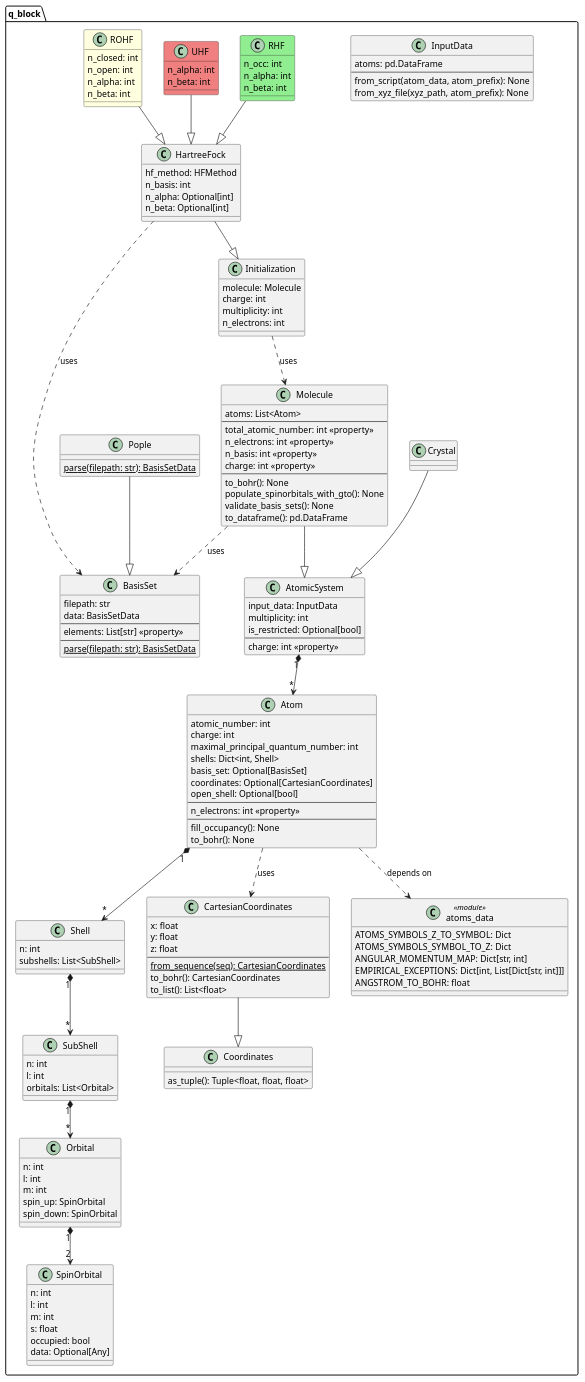
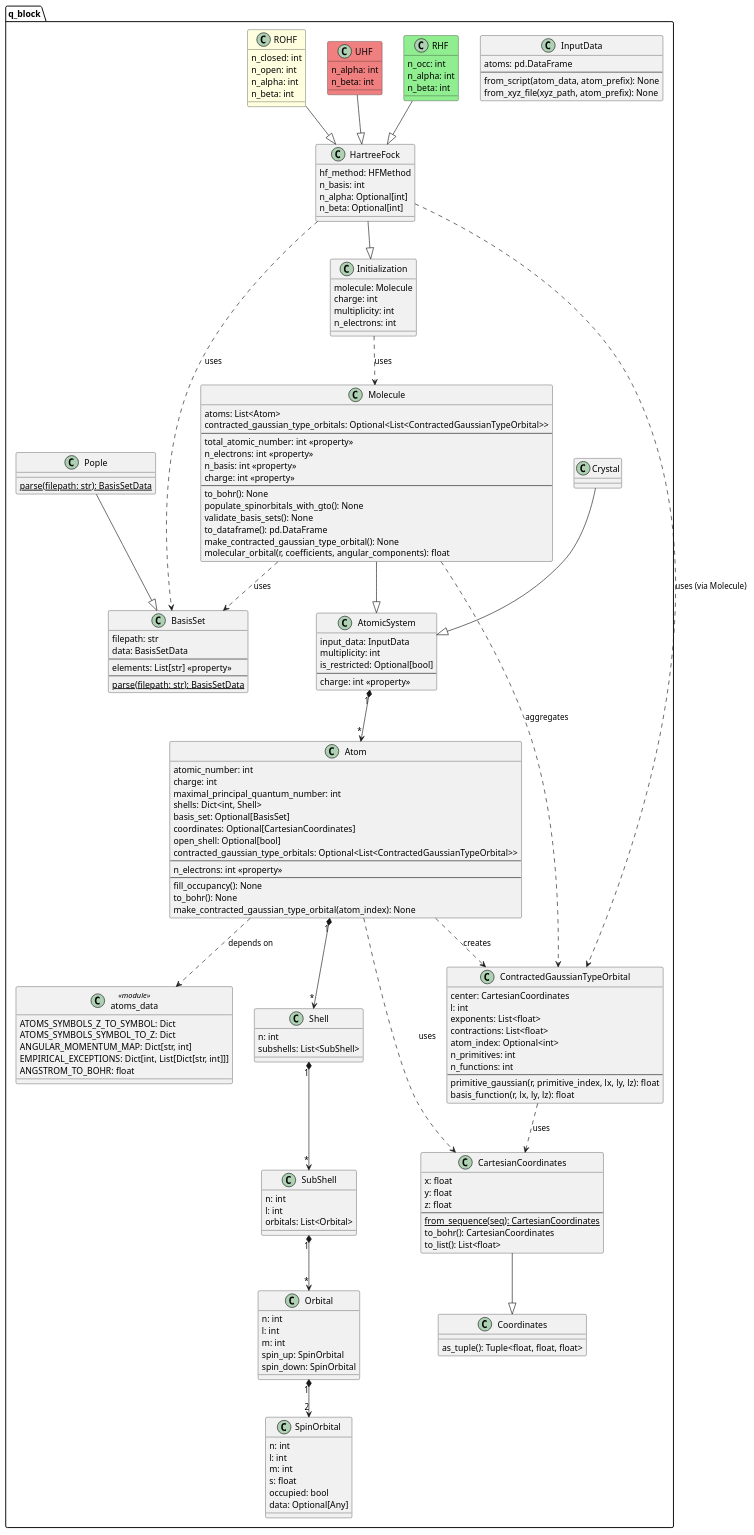
One commit to milosz-martynow/qBlock changed the diagram in architecture/bdd_q_block.puml. Above: the diagram before and after it, drawn with PlantUML. The commit also changed 15 other files, not shown here.

Commit message:
gaussian basis functions methods added

```diff
--- a/architecture/bdd_q_block.puml
+++ b/architecture/bdd_q_block.puml
@@ -17,11 +17,13 @@
         basis_set: Optional[BasisSet]
         coordinates: Optional[CartesianCoordinates]
         open_shell: Optional[bool]
+        contracted_gaussian_type_orbitals: Optional<List<ContractedGaussianTypeOrbital>>
         --
         n_electrons: int <<property>>
         --
         fill_occupancy(): None
         to_bohr(): None
+        make_contracted_gaussian_type_orbital(atom_index): None
     }
 
     class "SpinOrbital" {
@@ -104,6 +106,7 @@
 
     class "Molecule" {
         atoms: List<Atom>
+        contracted_gaussian_type_orbitals: Optional<List<ContractedGaussianTypeOrbital>>
         --
         total_atomic_number: int <<property>>
         n_electrons: int <<property>>
@@ -114,6 +117,8 @@
         populate_spinorbitals_with_gto(): None
         validate_basis_sets(): None
         to_dataframe(): pd.DataFrame
+        make_contracted_gaussian_type_orbital(): None
+        molecular_orbital(r, coefficients, angular_components): float
     }
 
     class "Crystal" {
@@ -156,6 +161,23 @@
     }
 
     ' ----------------------------------------------------------
+    ' theory.basis_functions
+    ' ----------------------------------------------------------
+
+    class "ContractedGaussianTypeOrbital" as CGTO {
+        center: CartesianCoordinates
+        l: int
+        exponents: List<float>
+        contractions: List<float>
+        atom_index: Optional<int>
+        n_primitives: int
+        n_functions: int
+        --
+        primitive_gaussian(r, primitive_index, lx, ly, lz): float
+        basis_function(r, lx, ly, lz): float
+    }
+
+    ' ----------------------------------------------------------
     ' constants
     ' ----------------------------------------------------------
 
@@ -193,8 +215,12 @@
 
 "Atom"           ..> AD  : depends on
 "Atom"           ..> "CartesianCoordinates" : uses
+"Atom"           ..> CGTO : creates
 "Molecule"       ..> BS  : uses
+"Molecule"       ..> CGTO : aggregates
 "Initialization" ..> "Molecule" : uses
 "HartreeFock"    ..> BS  : uses
+"HartreeFock"    ..> CGTO : uses (via Molecule)
+CGTO             ..> "CartesianCoordinates" : uses
 
 @enduml
```
